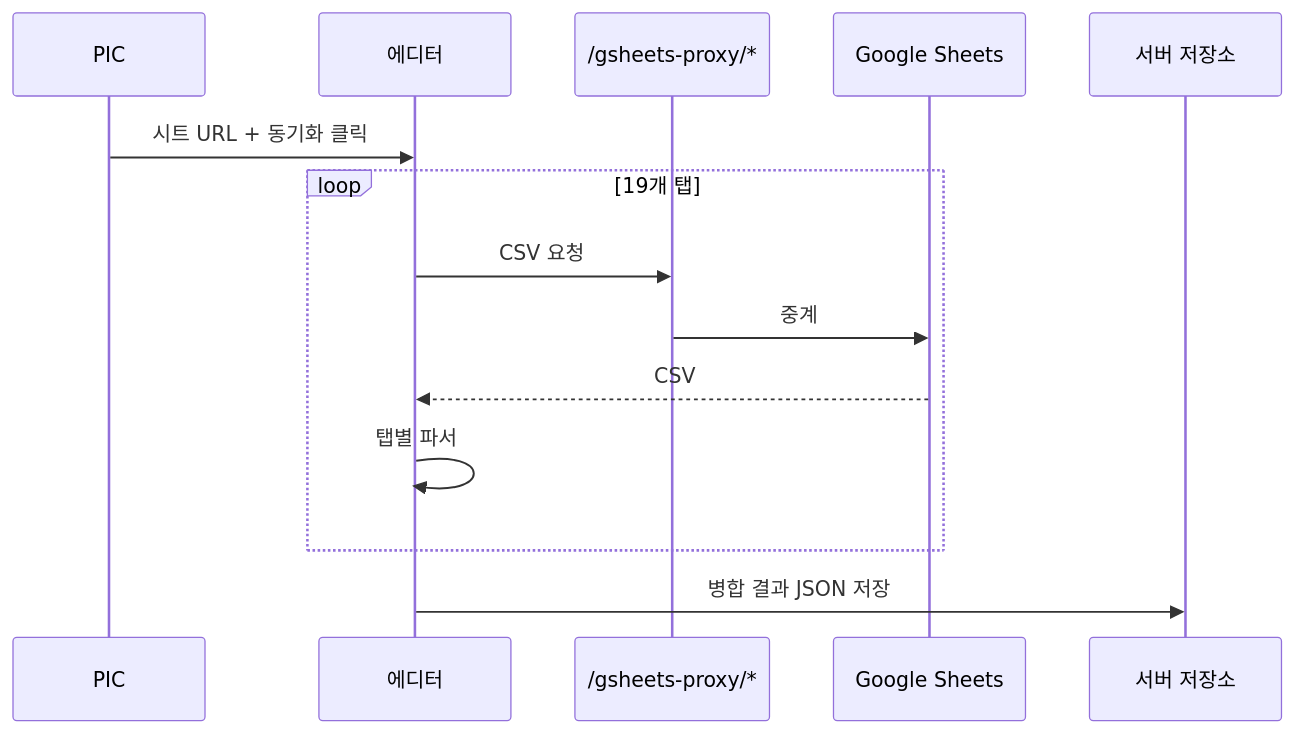
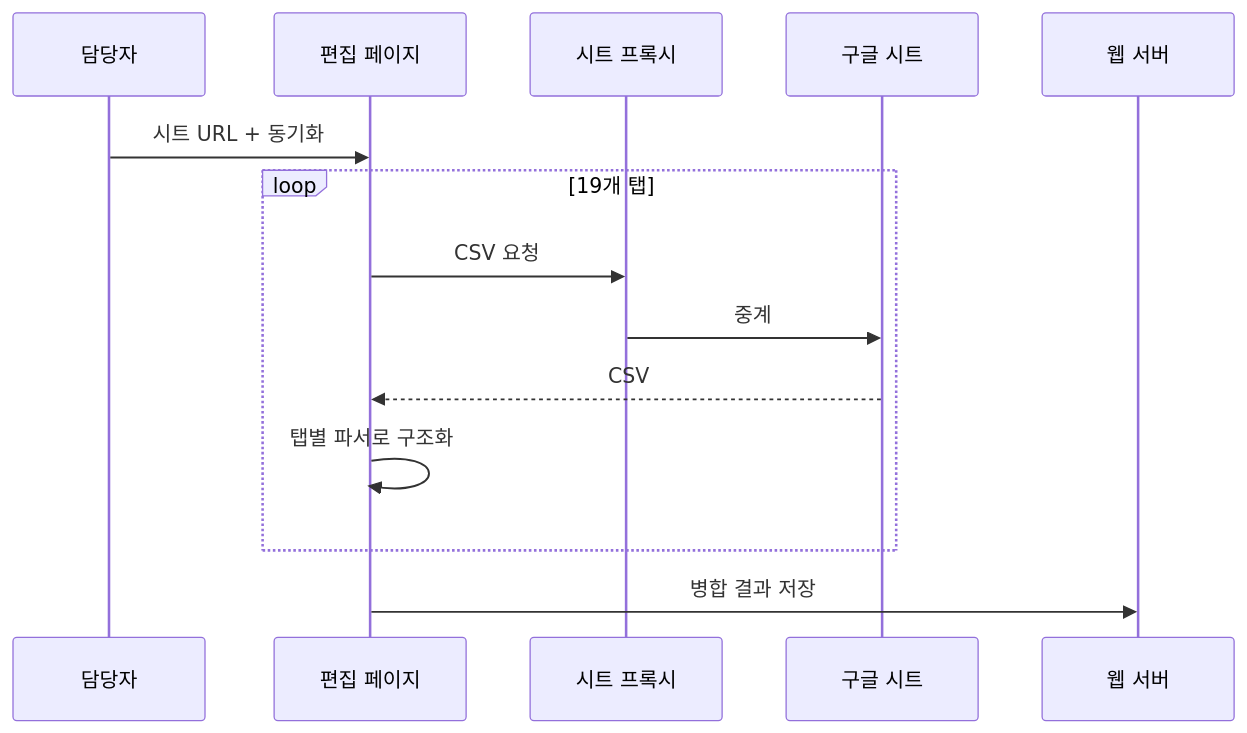
One commit to mts8787-droid/my-geo-newsletter changed the second of 5 diagrams in docs/ADMIN_PLAN.md. Above: the diagram before and after it, drawn with Mermaid. The commit also changed other lines of this file, not shown here.

````diff
--- a/docs/ADMIN_PLAN.md
+++ b/docs/ADMIN_PLAN.md
@@ -179,17 +273,17 @@
 ```mermaid
 sequenceDiagram
-  participant PIC
-  participant Web as 에디터
-  participant Proxy as /gsheets-proxy/*
-  participant Sheet as Google Sheets
-  participant Save as 서버 저장소
+  participant 담당자
+  participant 편집 as 편집 페이지
+  participant 프록시 as 시트 프록시
+  participant 시트 as 구글 시트
+  participant 저장 as 웹 서버
 
-  PIC->>Web: 시트 URL + 동기화 클릭
+  담당자->>편집: 시트 URL + 동기화
   loop 19개 탭
-    Web->>Proxy: CSV 요청
-    Proxy->>Sheet: 중계
-    Sheet-->>Web: CSV
-    Web->>Web: 탭별 파서
+    편집->>프록시: CSV 요청
+    프록시->>시트: 중계
+    시트-->>편집: CSV
+    편집->>편집: 탭별 파서로 구조화
   end
-  Web->>Save: 병합 결과 JSON 저장
+  편집->>저장: 병합 결과 저장
 ```
````
